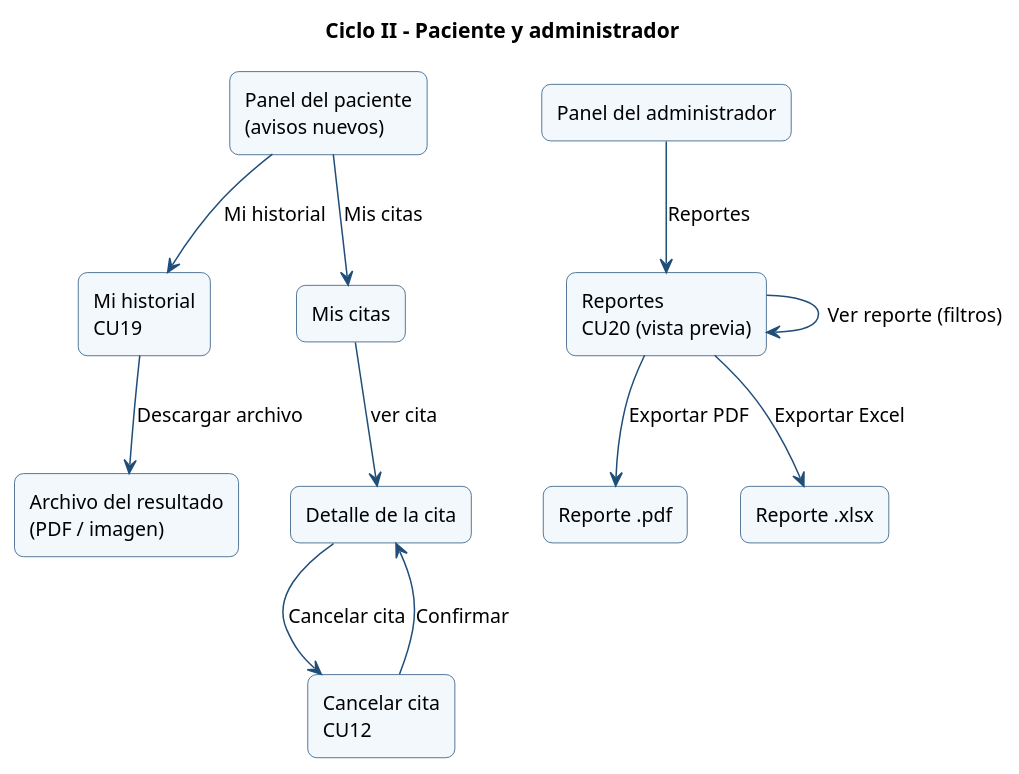
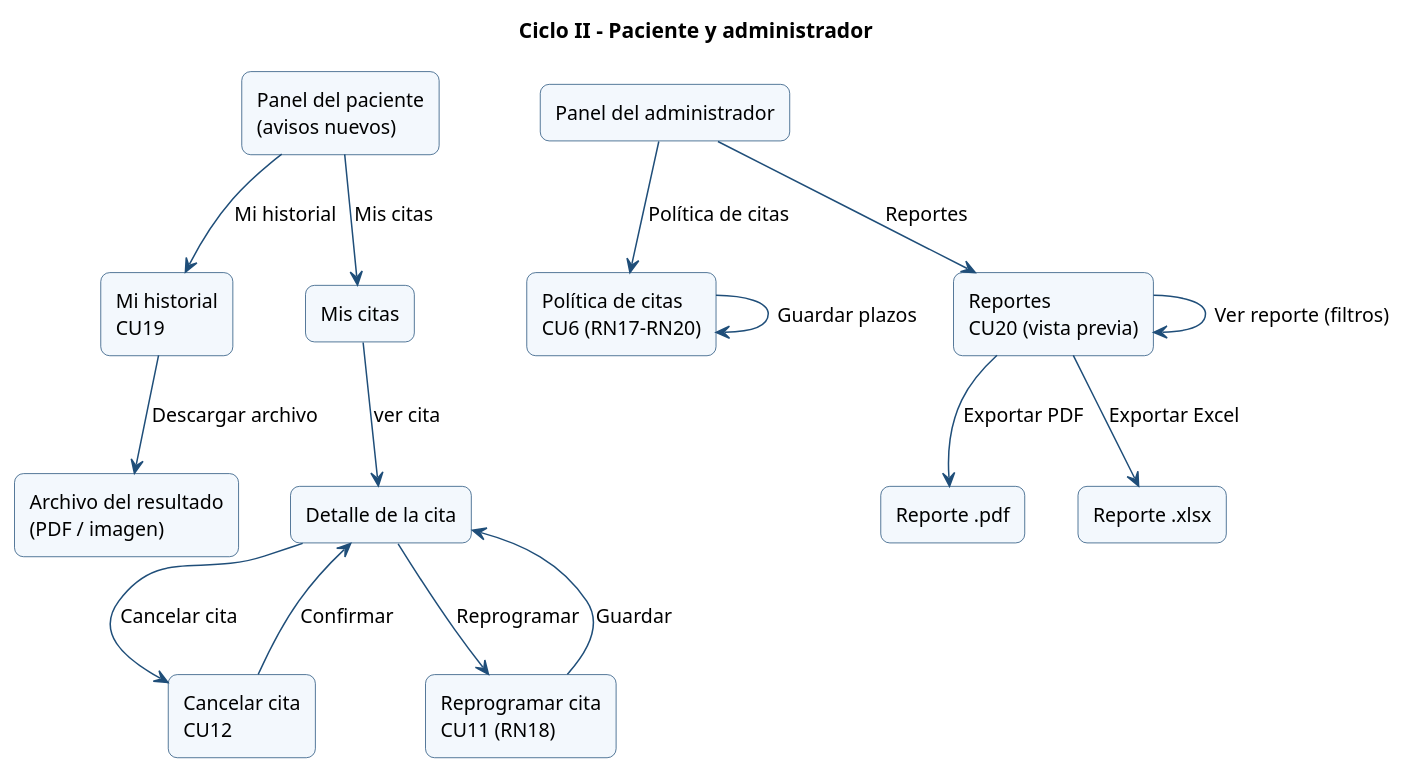
One commit to ronaldflores2004/VidaSalud changed the diagram in docs/uml/plantuml/nav_c2_paciente_admin.puml. Above: the diagram before and after it, drawn with PlantUML. The commit also changed 7 other files, not shown here.

First line of the commit message:
Documento: diagramas actualizados con la política de citas RN17–RN20

```diff
--- a/docs/uml/plantuml/nav_c2_paciente_admin.puml
+++ b/docs/uml/plantuml/nav_c2_paciente_admin.puml
@@ -1,62 +1,68 @@
 @startuml
 
 set separator none
 skinparam backgroundColor white
 skinparam defaultFontName Arial
 skinparam defaultFontSize 13
 skinparam shadowing false
 skinparam ArrowColor #333333
 skinparam ActorBorderColor #222222
 skinparam ActorBackgroundColor #FFFFFF
 skinparam UsecaseBorderColor #1F4E79
 skinparam UsecaseBackgroundColor #DCE9F7
 skinparam PackageBorderColor #333333
 skinparam PackageBackgroundColor #FFFFFF
 skinparam ClassBorderColor #333333
 skinparam ClassBackgroundColor #FFFFFF
 skinparam ClassHeaderBackgroundColor #DCE9F7
 skinparam NoteBackgroundColor #FFF8DC
 skinparam RectangleBorderColor #333333
 skinparam NodeBorderColor #1F4E79
 skinparam NodeBackgroundColor #F3F8FD
 skinparam ArtifactBackgroundColor #FFFFFF
 skinparam DatabaseBackgroundColor #DCE9F7
 skinparam SequenceLifeLineBorderColor #888888
 skinparam SequenceParticipantBackgroundColor #DCE9F7
 skinparam SequenceParticipantBorderColor #1F4E79
 skinparam ParticipantPadding 12
 skinparam BoundaryBackgroundColor #DCE9F7
 skinparam ControlBackgroundColor #DCE9F7
 skinparam EntityBackgroundColor #DCE9F7
 skinparam BoundaryBorderColor #1F4E79
 skinparam ControlBorderColor #1F4E79
 skinparam EntityBorderColor #1F4E79
 skinparam roundcorner 8
 skinparam RectangleBackgroundColor #F3F8FD
 skinparam RectangleBorderColor #1F4E79
 skinparam roundcorner 12
 skinparam ArrowColor #1F4E79
 
 title Ciclo II – Paciente y administrador
 rectangle "Panel del paciente\n(avisos nuevos)" as PD
 rectangle "Mi historial\nCU19" as PH
 rectangle "Archivo del resultado\n(PDF / imagen)" as PF
 rectangle "Mis citas" as PC
 rectangle "Detalle de la cita" as PCD
 rectangle "Cancelar cita\nCU12" as PX
+rectangle "Reprogramar cita\nCU11 (RN18)" as PR
+rectangle "Política de citas\nCU6 (RN17–RN20)" as AO
 rectangle "Panel del administrador" as AD
 rectangle "Reportes\nCU20 (vista previa)" as AR
 rectangle "Reporte .pdf" as AP
 rectangle "Reporte .xlsx" as AE
 PD --> PH : Mi historial
 PH --> PF : Descargar archivo
 PD --> PC : Mis citas
 PC --> PCD : ver cita
 PCD --> PX : Cancelar cita
 PX --> PCD : Confirmar
+PCD --> PR : Reprogramar
+PR --> PCD : Guardar
+AD --> AO : Política de citas
+AO --> AO : Guardar plazos
 AD --> AR : Reportes
 AR --> AR : Ver reporte (filtros)
 AR --> AP : Exportar PDF
 AR --> AE : Exportar Excel
 
 @enduml
```
